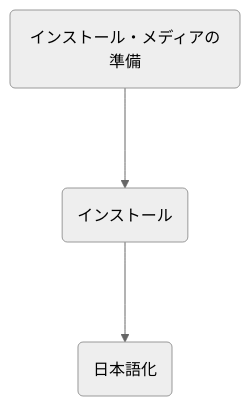
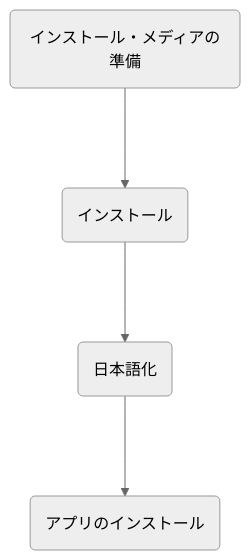
One commit to hobby-pc2026/linux-install changed the diagram in linux-install-01.md. Above: the diagram before and after it, drawn with Mermaid (neutral theme).

````diff
--- a/linux-install-01.md
+++ b/linux-install-01.md
@@ -3,14 +3,15 @@
 ```mermaid
 flowchart TD
 
 A(インストール・メディアの準備)
 --->
 B(インストール)
 --->
 C(日本語化)
-
+--->
+D(アプリのインストール)
 
 
 
 
 ```
````
